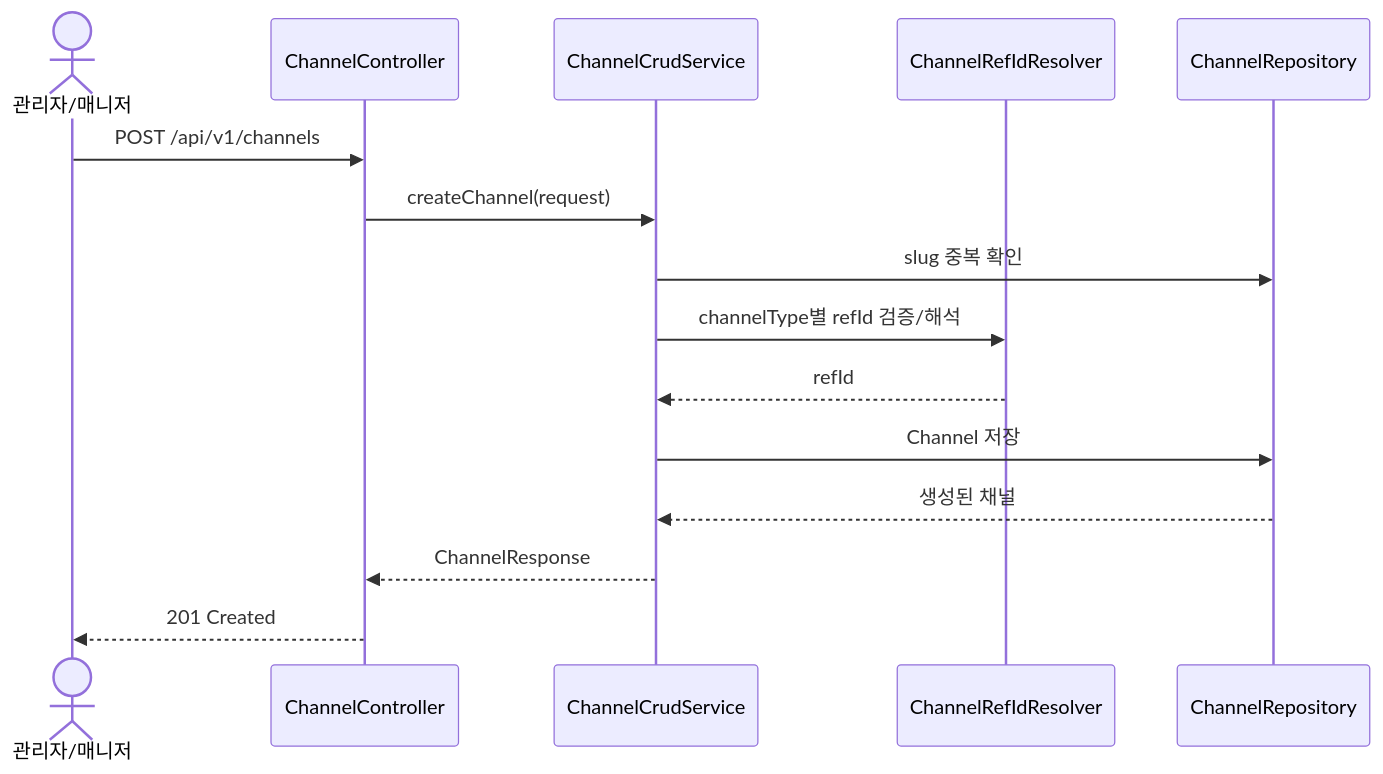
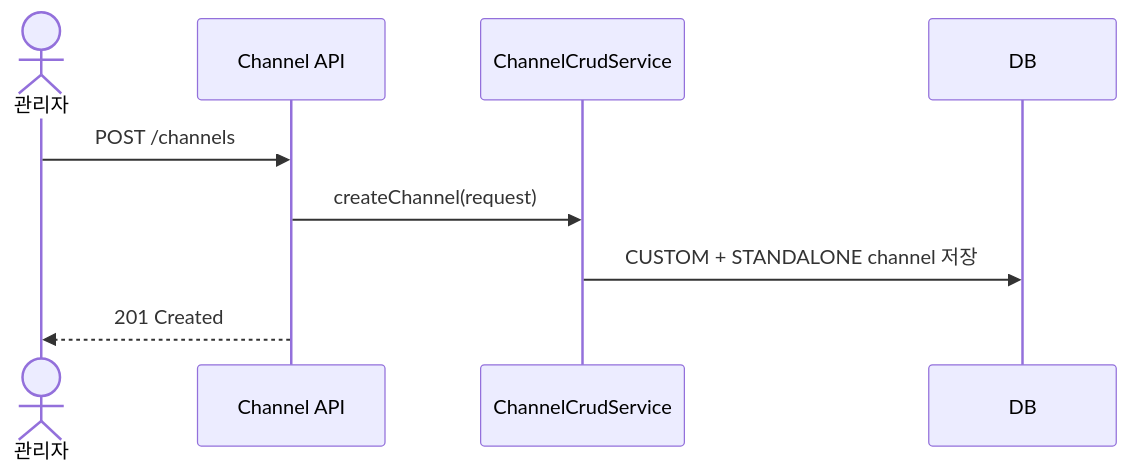
Before and after one commit to Geumjeongyahak/Backend: the first of 3 diagrams in docs/api/Channels.md, drawn with Mermaid. The commit also changed other lines of this file and 16 other files, not shown here.

First line of the commit message:
feat(channel, post, entity): post 엔티티 재설계 및 JPA 연동

````diff
--- a/docs/api/Channels.md
+++ b/docs/api/Channels.md
@@ -211,18 +173,12 @@
 ```mermaid
 sequenceDiagram
-    actor Admin as 관리자/매니저
-    participant API as ChannelController
+    actor Admin as 관리자
+    participant API as Channel API
     participant Service as ChannelCrudService
-    participant Resolver as ChannelRefIdResolver
-    participant DB as ChannelRepository
+    participant DB as DB
 
-    Admin->>API: POST /api/v1/channels
+    Admin->>API: POST /channels
     API->>Service: createChannel(request)
-    Service->>DB: slug 중복 확인
-    Service->>Resolver: channelType별 refId 검증/해석
-    Resolver-->>Service: refId
-    Service->>DB: Channel 저장
-    DB-->>Service: 생성된 채널
-    Service-->>API: ChannelResponse
+    Service->>DB: CUSTOM + STANDALONE channel 저장
     API-->>Admin: 201 Created
 ```
````
